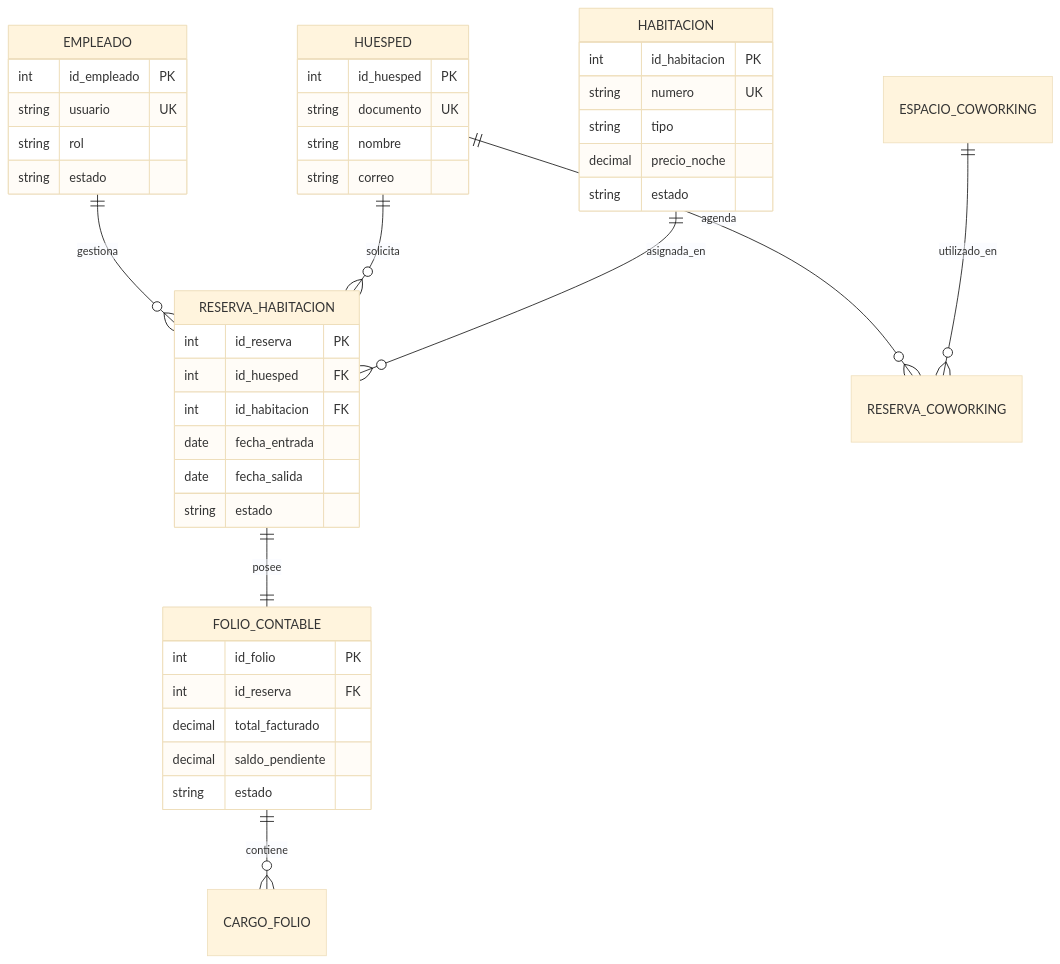
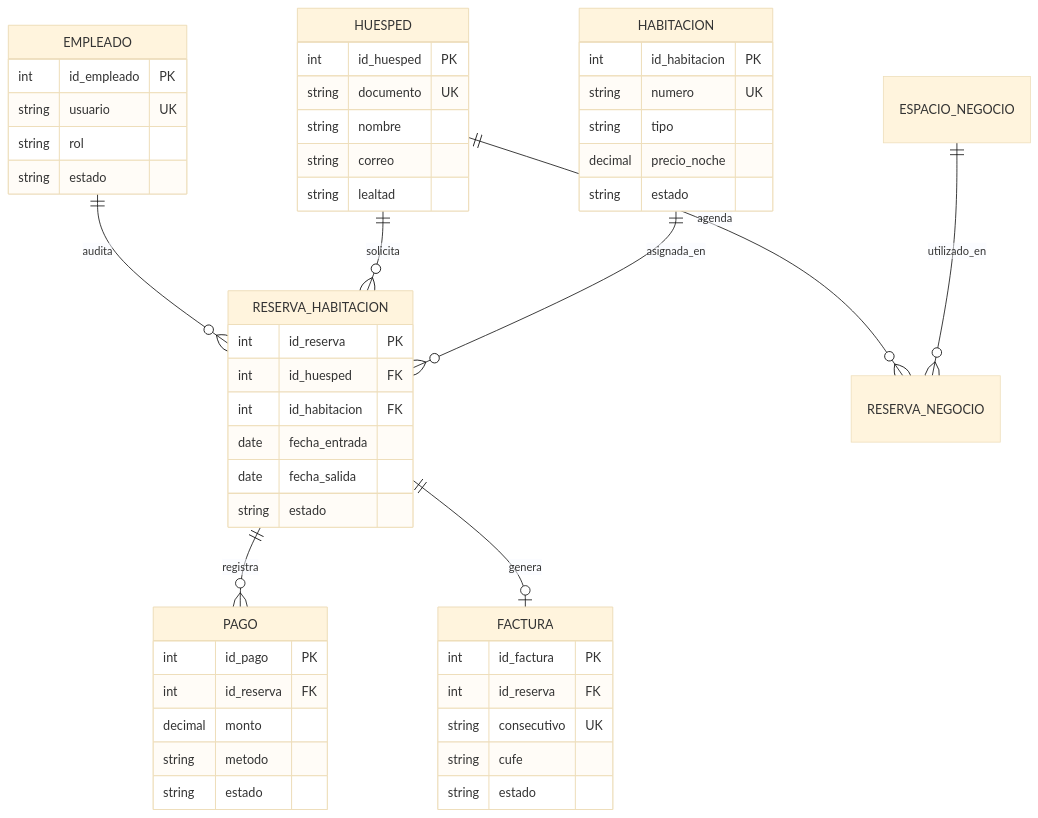
The fourth of 5 diagrams in docs/arquitectura/DOCUMENTACION_GENERAL_Y_DIAGRAMAS.md (bookingsoftHOTELFACILE/PROYECTO_FACILE), drawn with Mermaid (base theme) before and after one commit. The commit also changed other lines of this file and 9 other files, not shown here.

Commit message:
docs: alinear diagramas, pruebas y scrum con el codigo real en develop

````diff
--- a/docs/arquitectura/DOCUMENTACION_GENERAL_Y_DIAGRAMAS.md
+++ b/docs/arquitectura/DOCUMENTACION_GENERAL_Y_DIAGRAMAS.md
@@ -177,45 +177,53 @@
 ```mermaid
 erDiagram
-    EMPLEADO ||--o{ RESERVA_HABITACION : "gestiona"
+    EMPLEADO ||--o{ RESERVA_HABITACION : "audita"
     HUESPED ||--o{ RESERVA_HABITACION : "solicita"
     HABITACION ||--o{ RESERVA_HABITACION : "asignada_en"
-    RESERVA_HABITACION ||--|| FOLIO_CONTABLE : "posee"
-    FOLIO_CONTABLE ||--o{ CARGO_FOLIO : "contiene"
-    HUESPED ||--o{ RESERVA_COWORKING : "agenda"
-    ESPACIO_COWORKING ||--o{ RESERVA_COWORKING : "utilizado_en"
+    RESERVA_HABITACION ||--o{ PAGO : "registra"
+    RESERVA_HABITACION ||--o| FACTURA : "genera"
+    HUESPED ||--o{ RESERVA_NEGOCIO : "agenda"
+    ESPACIO_NEGOCIO ||--o{ RESERVA_NEGOCIO : "utilizado_en"
 
     EMPLEADO {
         int id_empleado PK
         string usuario UK
         string rol
         string estado
     }
     HUESPED {
         int id_huesped PK
         string documento UK
         string nombre
         string correo
+        string lealtad
     }
     HABITACION {
         int id_habitacion PK
         string numero UK
         string tipo
         decimal precio_noche
         string estado
     }
     RESERVA_HABITACION {
         int id_reserva PK
         int id_huesped FK
         int id_habitacion FK
         date fecha_entrada
         date fecha_salida
         string estado
     }
-    FOLIO_CONTABLE {
-        int id_folio PK
+    PAGO {
+        int id_pago PK
         int id_reserva FK
-        decimal total_facturado
-        decimal saldo_pendiente
+        decimal monto
+        string metodo
+        string estado
+    }
+    FACTURA {
+        int id_factura PK
+        int id_reserva FK
+        string consecutivo UK
+        string cufe
         string estado
     }
 ```
````
